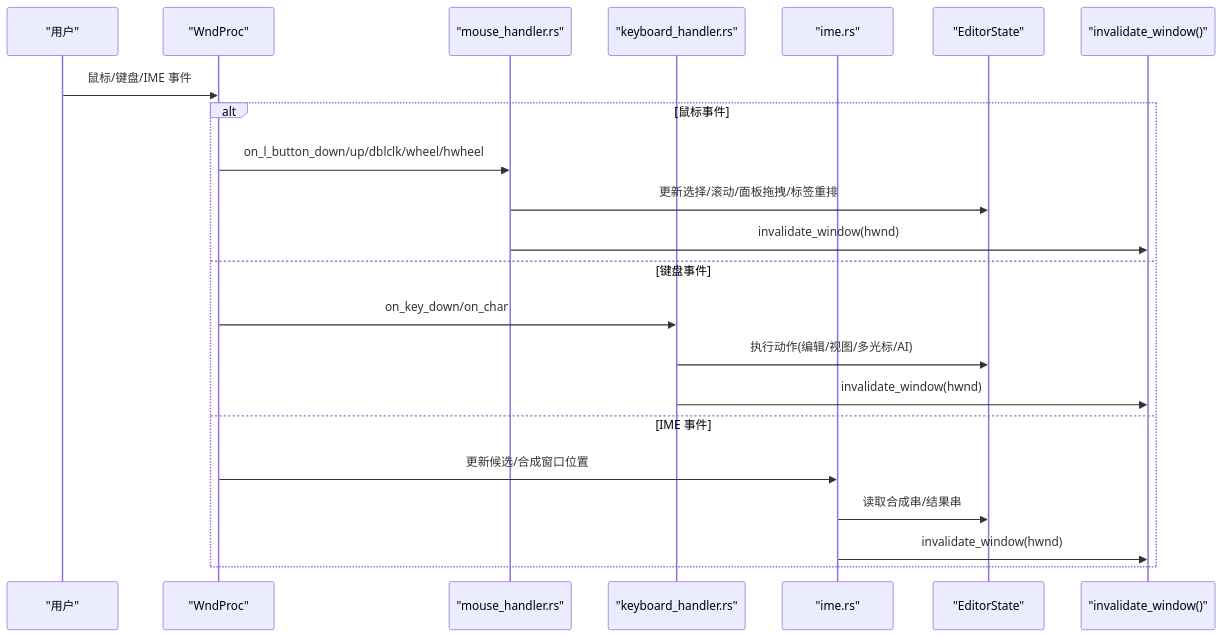
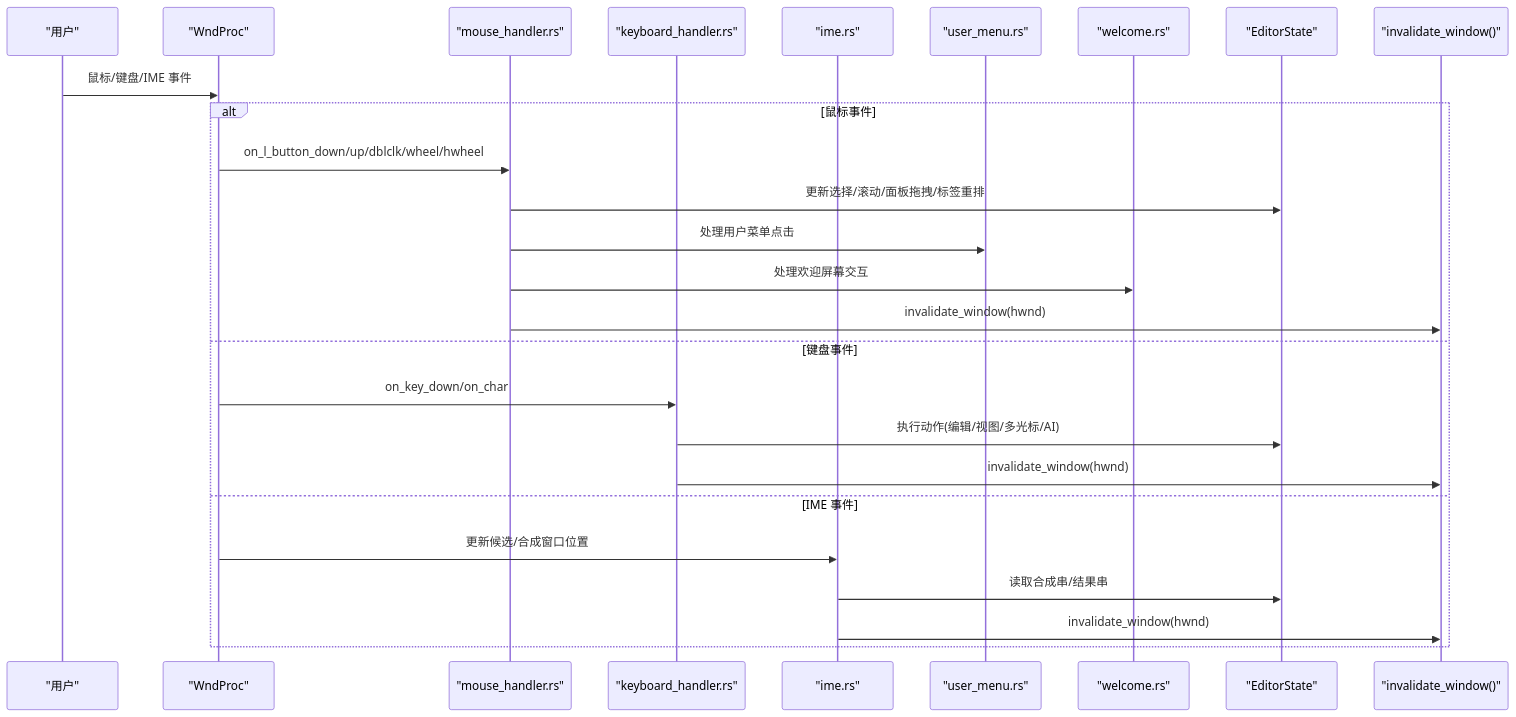
Before and after one commit to songdiyang/AetherStudio: the fifth of 9 diagrams in .qoder/repowiki/zh/content/UI 系统/UI 系统.md, drawn with Mermaid. The commit also changed other lines of this file and 5 other files, not shown here.

````diff
--- a/.qoder/repowiki/zh/content/UI 系统/UI 系统.md
+++ b/.qoder/repowiki/zh/content/UI 系统/UI 系统.md
@@ -291,24 +324,28 @@
 ```mermaid
 sequenceDiagram
 participant User as "用户"
 participant Win as "WndProc"
 participant Mouse as "mouse_handler.rs"
 participant Key as "keyboard_handler.rs"
 participant IME as "ime.rs"
+participant UserMenu as "user_menu.rs"
+participant Welcome as "welcome.rs"
 participant State as "EditorState"
 participant WinAPI as "invalidate_window()"
 User->>Win : 鼠标/键盘/IME 事件
 alt 鼠标事件
 Win->>Mouse : on_l_button_down/up/dblclk/wheel/hwheel
 Mouse->>State : 更新选择/滚动/面板拖拽/标签重排
+Mouse->>UserMenu : 处理用户菜单点击
+Mouse->>Welcome : 处理欢迎屏幕交互
 Mouse->>WinAPI : invalidate_window(hwnd)
 else 键盘事件
 Win->>Key : on_key_down/on_char
 Key->>State : 执行动作(编辑/视图/多光标/AI)
 Key->>WinAPI : invalidate_window(hwnd)
 else IME 事件
 Win->>IME : 更新候选/合成窗口位置
 IME->>State : 读取合成串/结果串
 IME->>WinAPI : invalidate_window(hwnd)
 end
 ```
````
